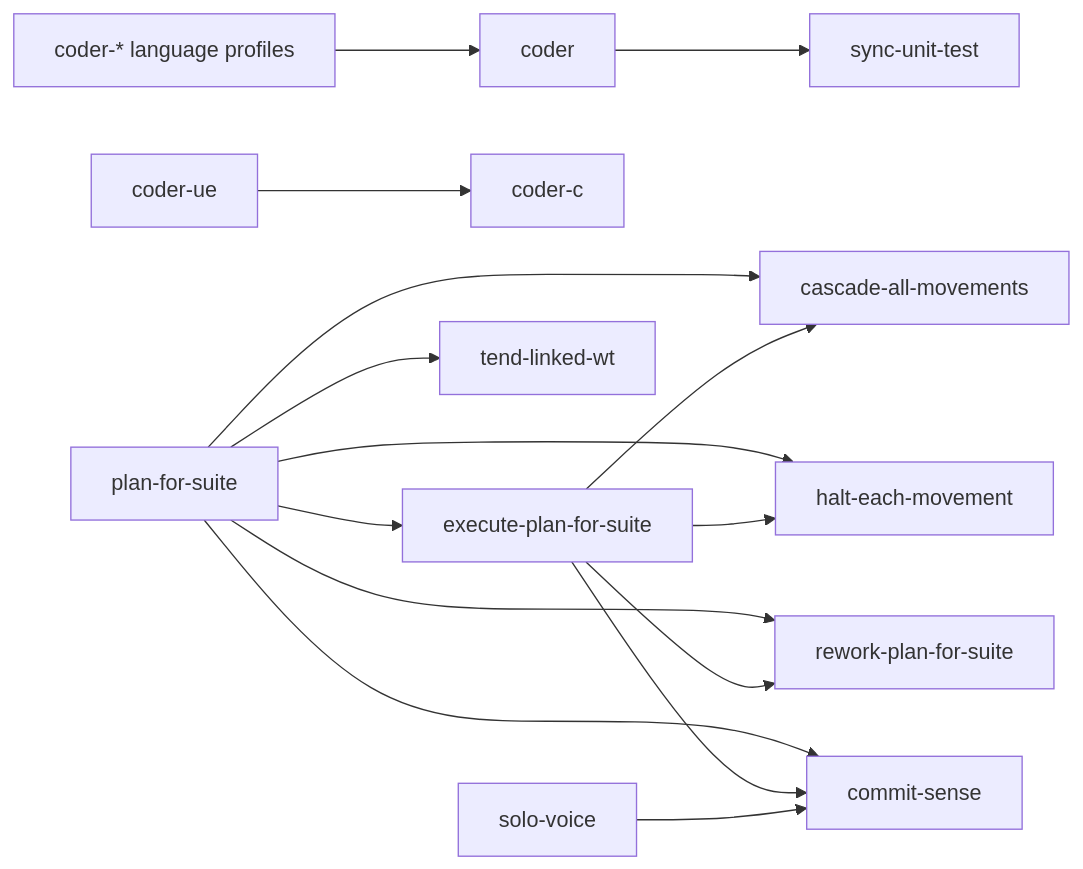
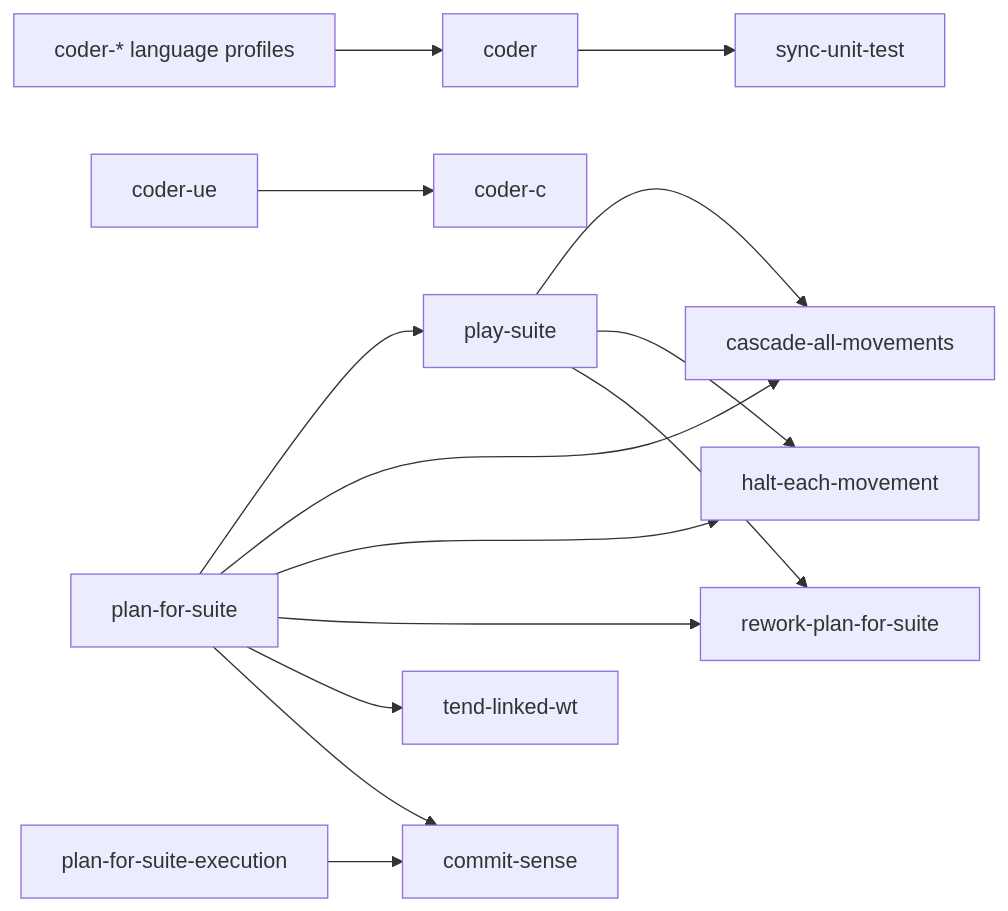
Before and after one commit to kami-lel/kaye-library: the seventh of 10 diagrams in docs/blueprint-doc.md, drawn with Mermaid. The commit also changed other lines of this file and 7 other files, not shown here.

First line of the commit message:
split Plan for Suite Execution: shared rules, play-suite, solo-voice

````diff
--- a/docs/blueprint-doc.md
+++ b/docs/blueprint-doc.md
@@ -232,17 +234,16 @@
 ```mermaid
 flowchart LR
     coder_profiles["coder-* language profiles"] --> coder
     coder_ue["coder-ue"] --> coder_c["coder-c"]
     coder --> sync_unit_test["sync-unit-test"]
-    plan_for_suite["plan-for-suite"] --> execute_plan_for_suite["execute-plan-for-suite"]
+    plan_for_suite["plan-for-suite"] --> play_suite["play-suite"]
     plan_for_suite --> cascade_all_movements["cascade-all-movements"]
     plan_for_suite --> halt_each_movement["halt-each-movement"]
     plan_for_suite --> rework_plan_for_suite["rework-plan-for-suite"]
     plan_for_suite --> tend_linked_wt["tend-linked-wt"]
     plan_for_suite --> commit_sense["commit-sense"]
-    execute_plan_for_suite --> cascade_all_movements
-    execute_plan_for_suite --> halt_each_movement
-    execute_plan_for_suite --> rework_plan_for_suite
-    execute_plan_for_suite --> commit_sense
-    solo_voice["solo-voice"] --> commit_sense
+    play_suite --> cascade_all_movements
+    play_suite --> halt_each_movement
+    play_suite --> rework_plan_for_suite
+    plan_for_suite_execution["plan-for-suite-execution"] --> commit_sense
 ```
````
